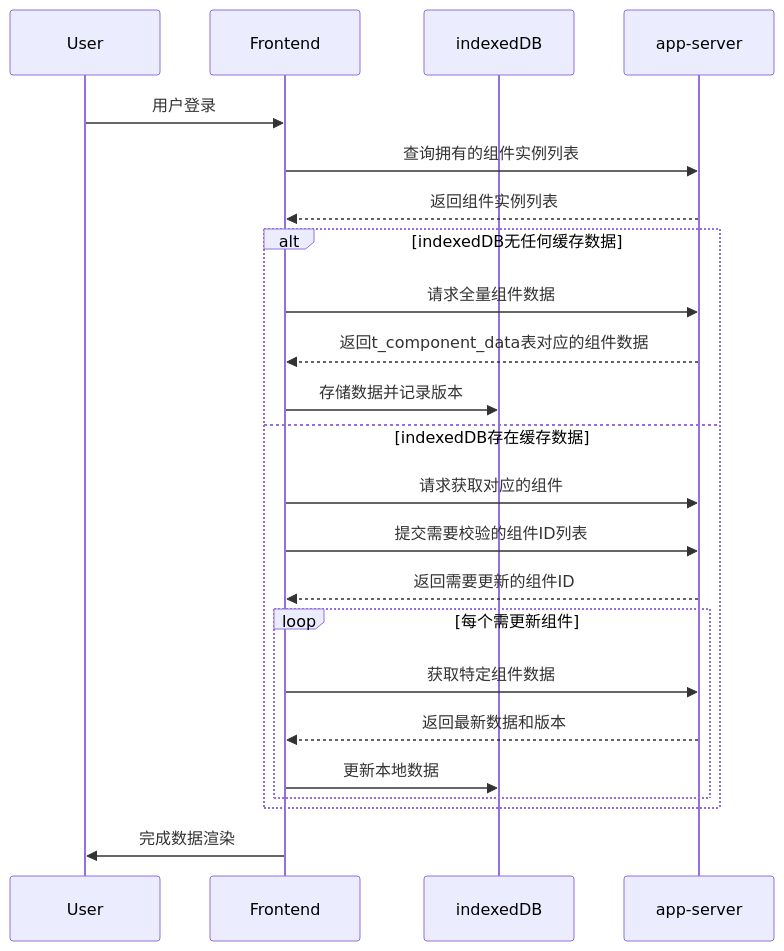
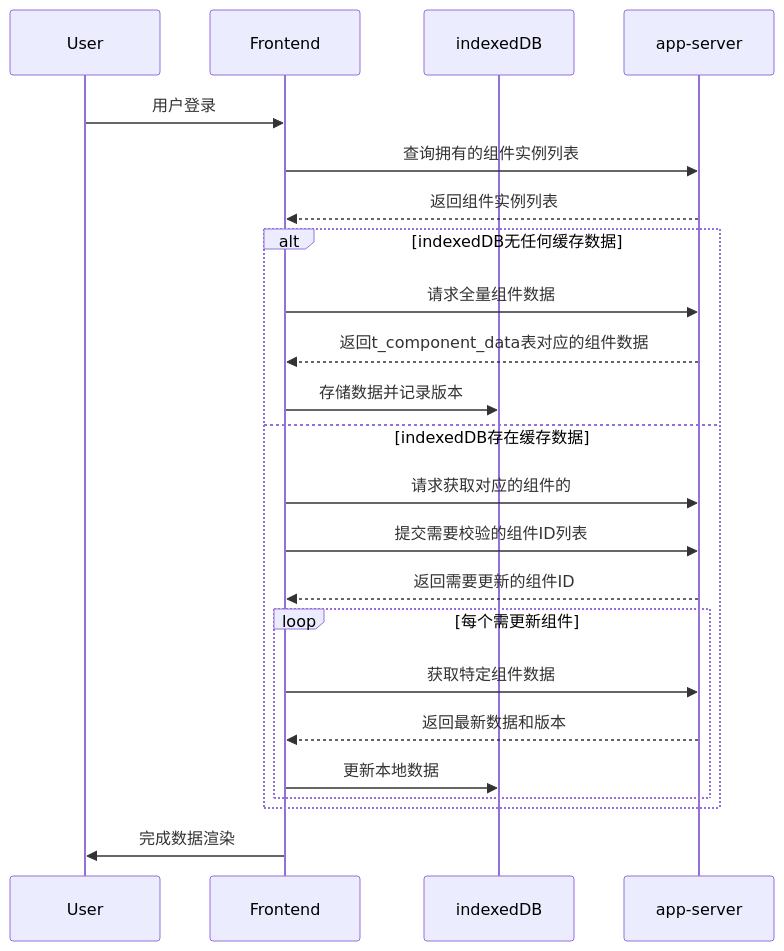
One commit to yingjianzh/iodraw-files changed the diagram in all/未命名-24.md. Above: the diagram before and after it, drawn with Mermaid.

Commit message:
2025-02-24 17:10:08 update

````diff
--- a/all/未命名-24.md
+++ b/all/未命名-24.md
@@ -1,27 +1,27 @@
 ```mermaid
 sequenceDiagram
     participant User
     participant Frontend
     participant indexedDB
     participant app-server
 
     User->>Frontend: 用户登录
     Frontend->>app-server: 查询拥有的组件实例列表
     app-server-->>Frontend: 返回组件实例列表
     
     alt indexedDB无任何缓存数据
         Frontend->>app-server: 请求全量组件数据
         app-server-->>Frontend: 返回t_component_data表对应的组件数据
         Frontend->>indexedDB: 存储数据并记录版本
     else indexedDB存在缓存数据
-        Frontend->>app-server: 请求获取对应的组件
+        Frontend->>app-server: 请求获取对应的组件的
         Frontend->>app-server: 提交需要校验的组件ID列表
         app-server-->>Frontend: 返回需要更新的组件ID
         loop 每个需更新组件
             Frontend->>app-server: 获取特定组件数据
             app-server-->>Frontend: 返回最新数据和版本
             Frontend->>indexedDB: 更新本地数据
         end
     end
     Frontend->>User: 完成数据渲染
 ```
````
